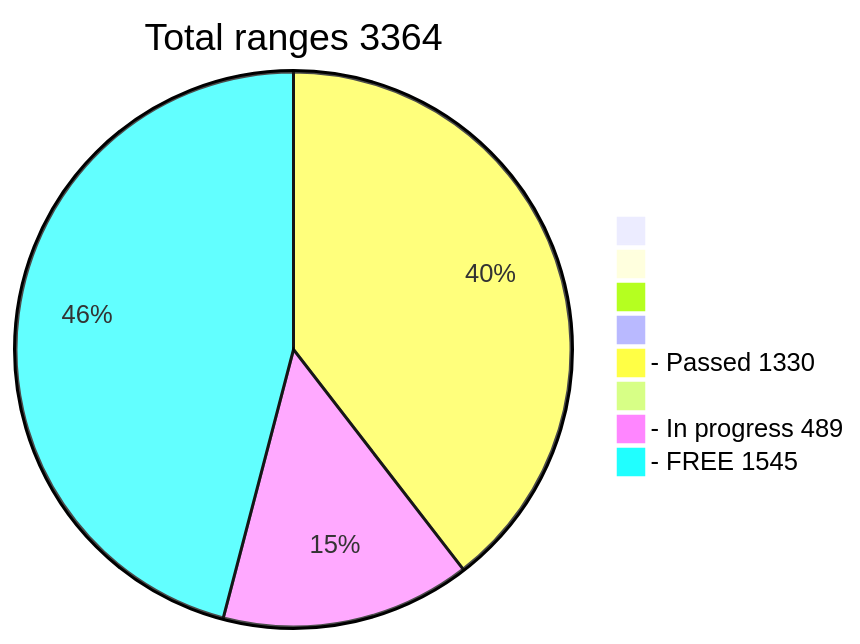
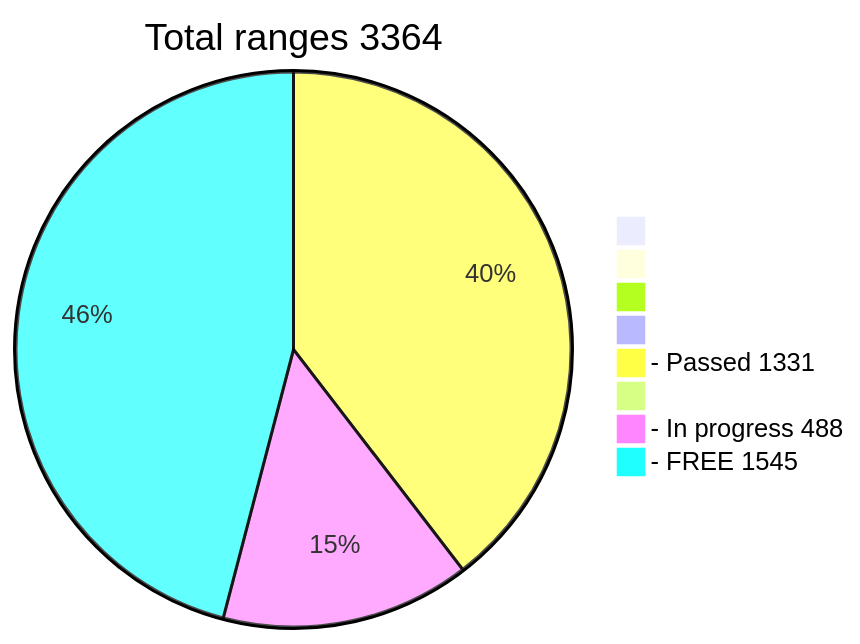
The diagram in README.md (phrutis/wif500), drawn with Mermaid before and after one commit.

````diff
--- a/README.md
+++ b/README.md
@@ -16,12 +16,12 @@
 ```mermaid
 pie title Total ranges 3364
              " " : 0
             "  " : 0
            "   " : 0
           "    " : 0
-  "- Passed 1330" : 1330
+  "- Passed 1331" : 1331
          "     " : 0
-  "- In progress 489" : 489
+  "- In progress 488" : 488
    "- FREE 1545" : 1545
    
 ```
````
